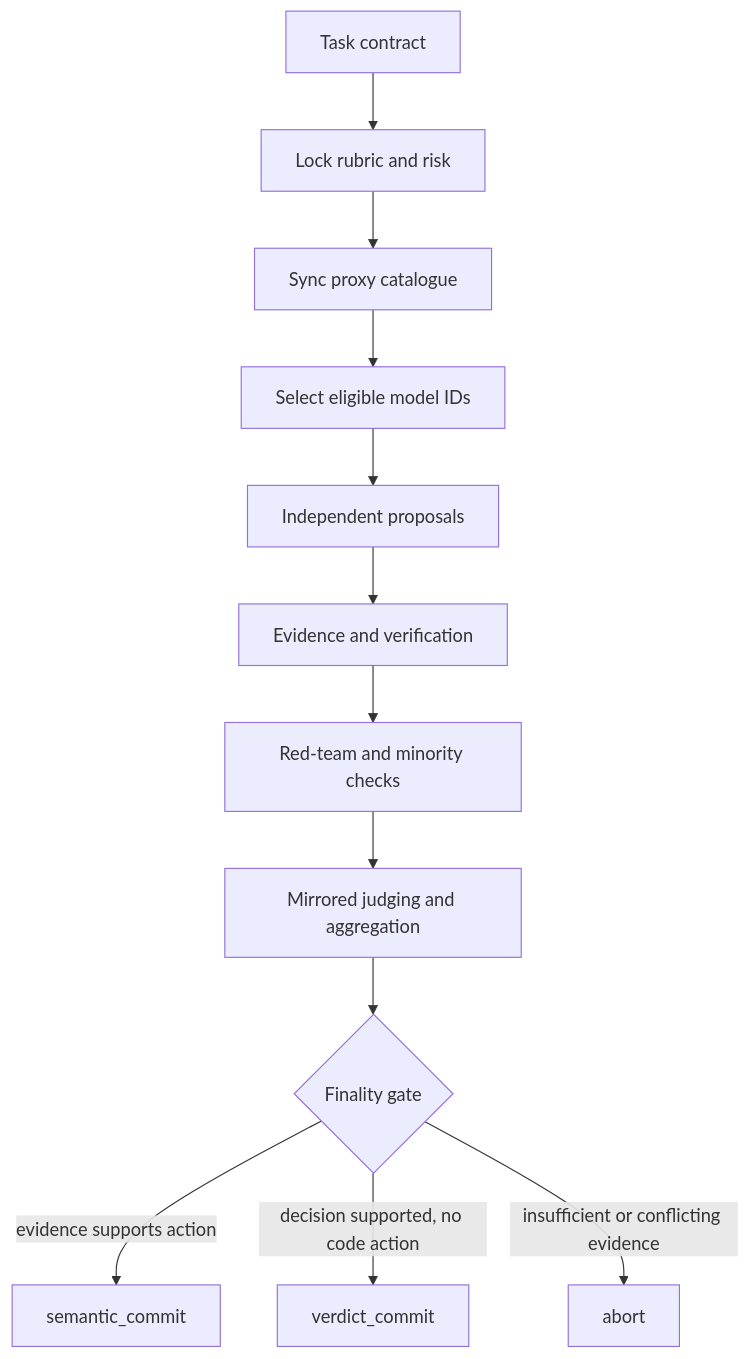
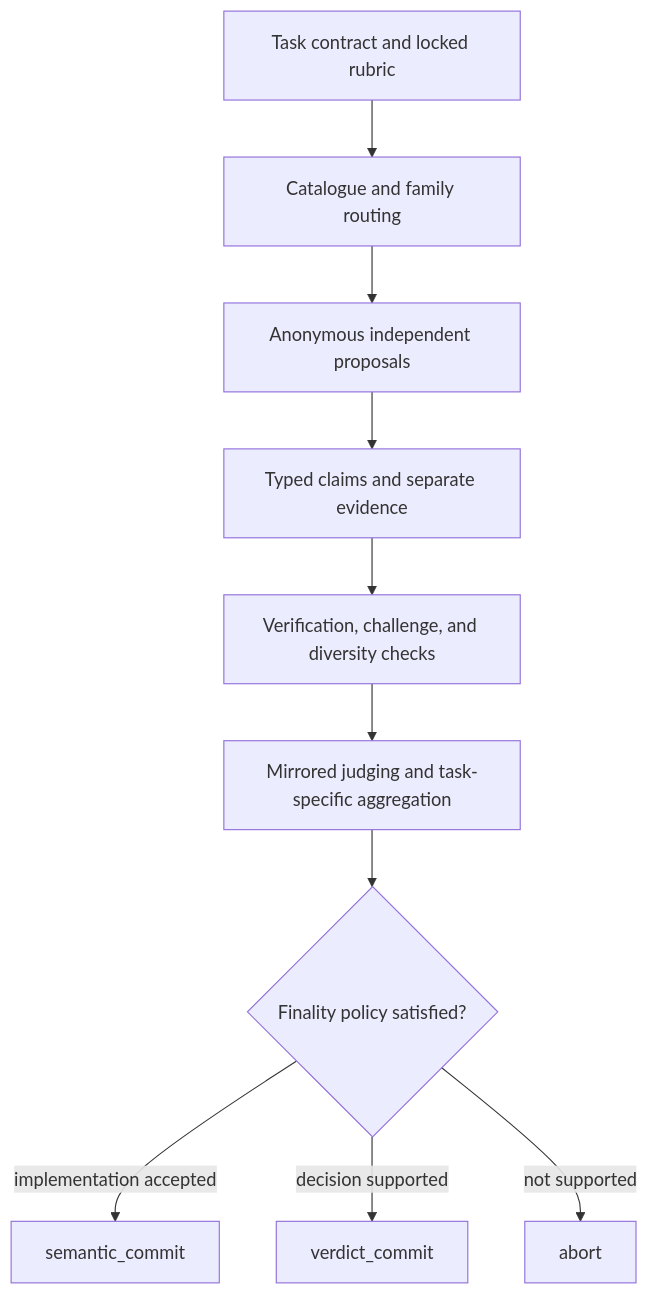
One commit to jroth1111/reason-assembly changed the first of 2 diagrams in README.md. Above: the diagram before and after it, drawn with Mermaid. The commit also changed other lines of this file and 26 other files, not shown here.

````diff
--- a/README.md
+++ b/README.md
@@ -33,14 +36,12 @@
 ```mermaid
 flowchart TD
-    A[Task contract] --> B[Lock rubric and risk]
-    B --> C[Sync proxy catalogue]
-    C --> D[Select eligible model IDs]
-    D --> E[Independent proposals]
-    E --> F[Evidence and verification]
-    F --> G[Red-team and minority checks]
-    G --> H[Mirrored judging and aggregation]
-    H --> I{Finality gate}
-    I -->|evidence supports action| J[semantic_commit]
-    I -->|decision supported, no code action| K[verdict_commit]
-    I -->|insufficient or conflicting evidence| L[abort]
+    A[Task contract and locked rubric] --> B[Catalogue and family routing]
+    B --> C[Anonymous independent proposals]
+    C --> D[Typed claims and separate evidence]
+    D --> E[Verification, challenge, and diversity checks]
+    E --> F[Mirrored judging and task-specific aggregation]
+    F --> G{Finality policy satisfied?}
+    G -->|implementation accepted| H[semantic_commit]
+    G -->|decision supported| I[verdict_commit]
+    G -->|not supported| J[abort]
 ```
````
